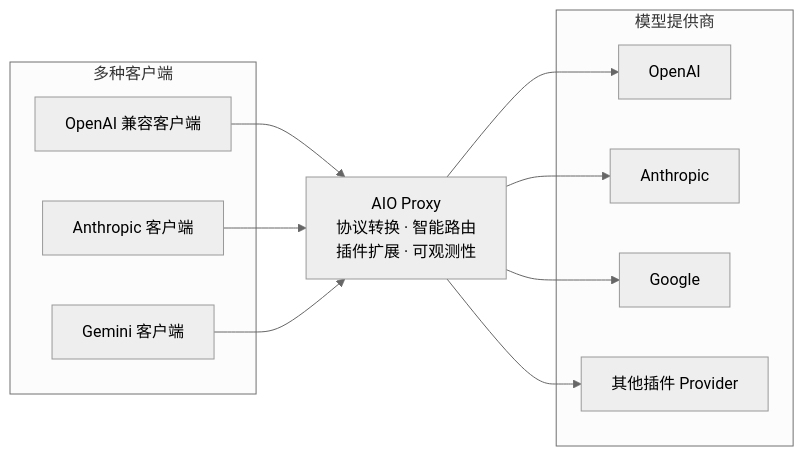
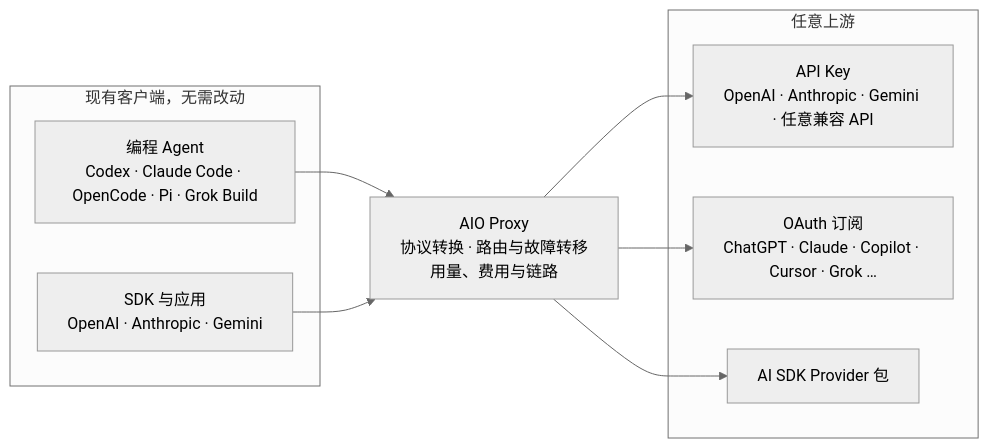
The diagram in README.zh-Hans.md (aio-proxy/aio-proxy), drawn with Mermaid (neutral theme) before and after one commit. The commit also changed other lines of this file and 1 other file, not shown here.

Commit message:
docs: rewrite the README intro around what AIO Proxy can do
The old intro listed features abstractly, so new readers could not tell
why they would want it. Lead with the tagline, a concrete cross-protocol
example, a diagram showing agents and subscriptions, and eight concrete
selling points including the AI SDK ecosystem and the plugin SDK.

````diff
--- a/README.zh-Hans.md
+++ b/README.zh-Hans.md
@@ -19,26 +23,21 @@
 ```mermaid
 flowchart LR
-  subgraph Clients["多种客户端"]
-    OpenAIClient["OpenAI 兼容客户端"]
-    AnthropicClient["Anthropic 客户端"]
-    GeminiClient["Gemini 客户端"]
+  subgraph Clients["现有客户端，无需改动"]
+    Agents["编程 Agent<br/>Codex · Claude Code · OpenCode · Pi · Grok Build"]
+    SDKs["SDK 与应用<br/>OpenAI · Anthropic · Gemini"]
   end
 
-  Proxy["AIO Proxy<br/>协议转换 · 智能路由<br/>插件扩展 · 可观测性"]
+  Proxy["AIO Proxy<br/>协议转换 · 路由与故障转移<br/>用量、费用与链路"]
 
-  subgraph Providers["模型提供商"]
-    OpenAI["OpenAI"]
-    Anthropic["Anthropic"]
-    Google["Google"]
-    PluginProviders["其他插件 Provider"]
+  subgraph Upstreams["任意上游"]
+    Keys["API Key<br/>OpenAI · Anthropic · Gemini · 任意兼容 API"]
+    Subs["OAuth 订阅<br/>ChatGPT · Claude · Copilot · Cursor · Grok …"]
+    SDKProviders["AI SDK Provider 包"]
   end
 
-  OpenAIClient --> Proxy
-  AnthropicClient --> Proxy
-  GeminiClient --> Proxy
-
-  Proxy --> OpenAI
-  Proxy --> Anthropic
-  Proxy --> Google
-  Proxy --> PluginProviders
+  Agents --> Proxy
+  SDKs --> Proxy
+  Proxy --> Keys
+  Proxy --> Subs
+  Proxy --> SDKProviders
 ```
````
